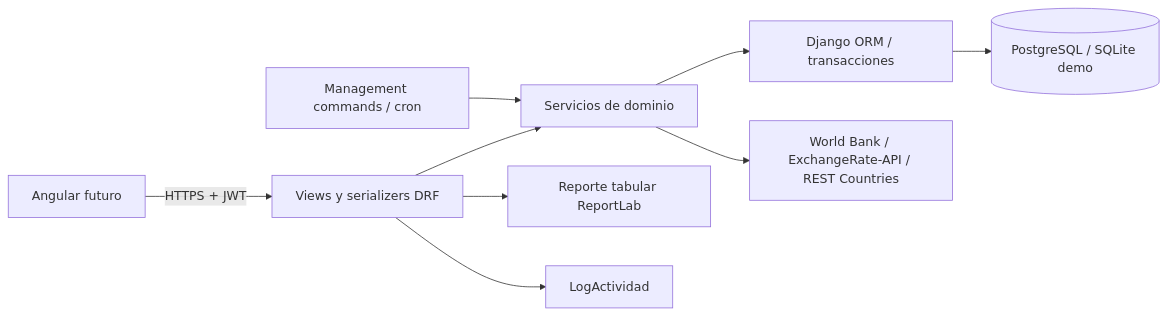
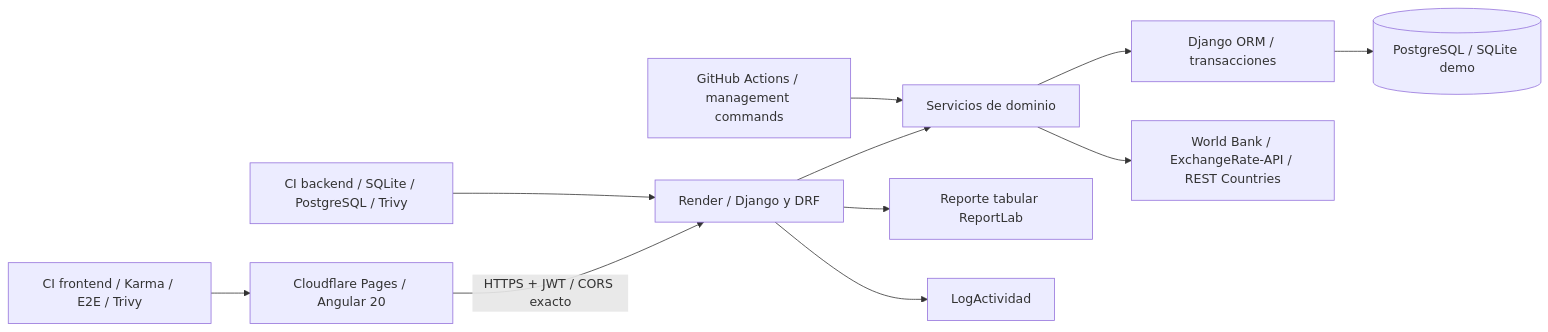
One commit to ASamiraJasbonM/prueba-mision changed the first of 2 diagrams in docs/ARQUITECTURA.md. Above: the diagram before and after it, drawn with Mermaid. The commit also changed other lines of this file and 40 other files, not shown here.

Commit message:
feat: complete country UI and gate deployment on real E2E flows

````diff
--- a/docs/ARQUITECTURA.md
+++ b/docs/ARQUITECTURA.md
@@ -3,11 +6,13 @@
 ```mermaid
 flowchart LR
-    Angular[Angular futuro] -->|HTTPS + JWT| DRF[Views y serializers DRF]
+    Pages[Cloudflare Pages / Angular 20] -->|HTTPS + JWT / CORS exacto| DRF[Render / Django y DRF]
     DRF --> Services[Servicios de dominio]
-    Commands[Management commands / cron] --> Services
+    Commands[GitHub Actions / management commands] --> Services
     Services --> ORM[Django ORM / transacciones]
     ORM --> DB[(PostgreSQL / SQLite demo)]
     Services --> Providers[World Bank / ExchangeRate-API / REST Countries]
     DRF --> PDF[Reporte tabular ReportLab]
     DRF --> Audit[LogActividad]
+    FrontCI[CI frontend / Karma / E2E / Trivy] --> Pages
+    BackCI[CI backend / SQLite / PostgreSQL / Trivy] --> DRF
 ```
````
